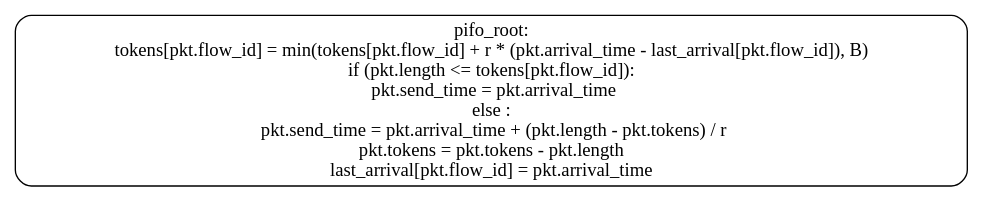
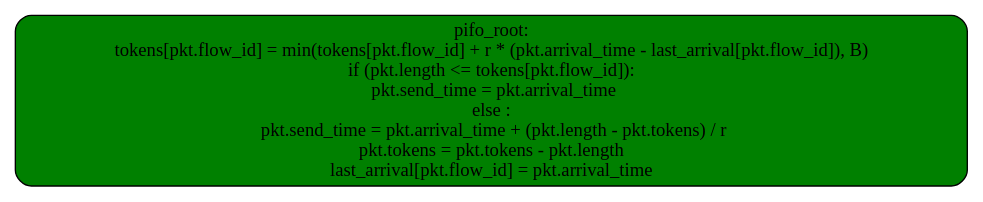
One commit to programmable-scheduling/pifo-machine changed the diagram in examples/tbf.dot. Above: the diagram before and after it, drawn with Graphviz.

Commit message:
Color code calendar queues

```diff
--- a/examples/tbf.dot
+++ b/examples/tbf.dot
@@ -1,14 +1,14 @@
 digraph sched_graph {
 node [shape = box style="rounded,filled"];
 root [label =
 "pifo_root:
 tokens[pkt.flow_id] = min(tokens[pkt.flow_id] + r * (pkt.arrival_time - last_arrival[pkt.flow_id]), B)
 if (pkt.length <= tokens[pkt.flow_id]):
   pkt.send_time = pkt.arrival_time
 else :
   pkt.send_time = pkt.arrival_time + (pkt.length - pkt.tokens) / r
 pkt.tokens = pkt.tokens - pkt.length
 last_arrival[pkt.flow_id] = pkt.arrival_time
 "
-fillcolor=white];
+fillcolor=green];
 }
```
